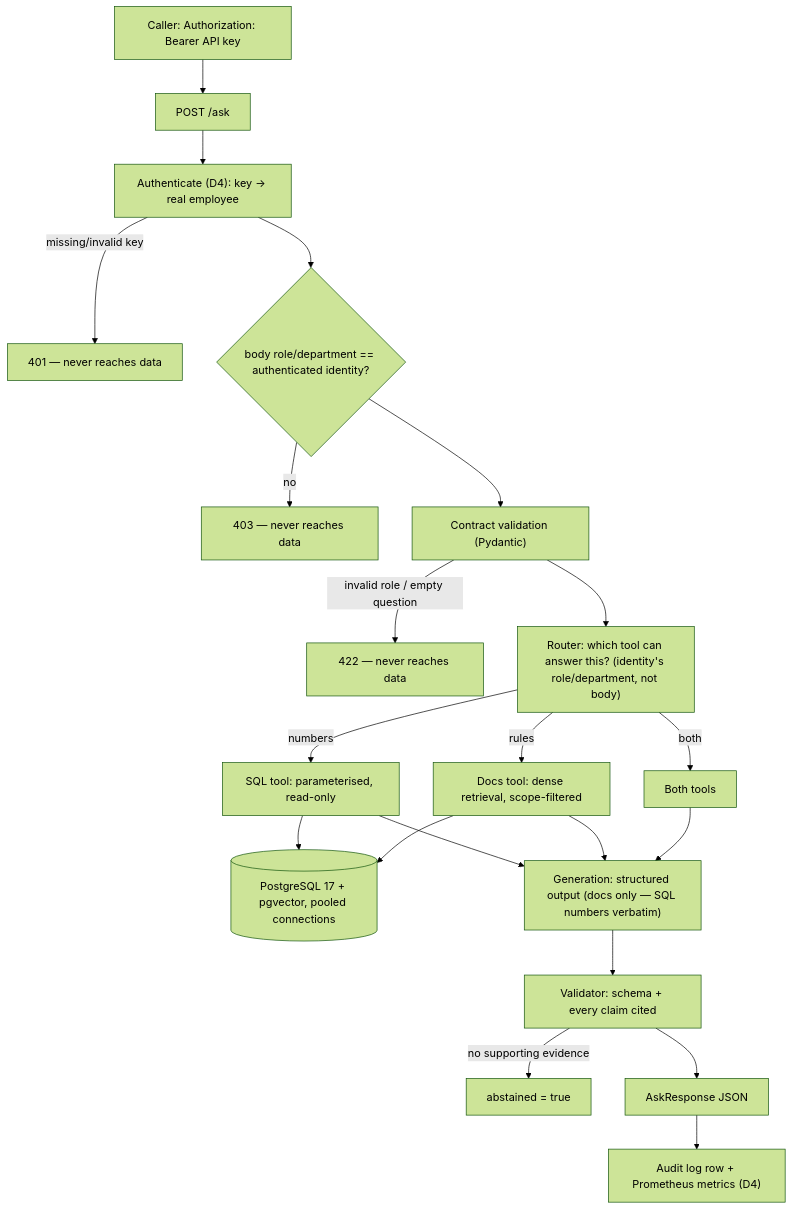
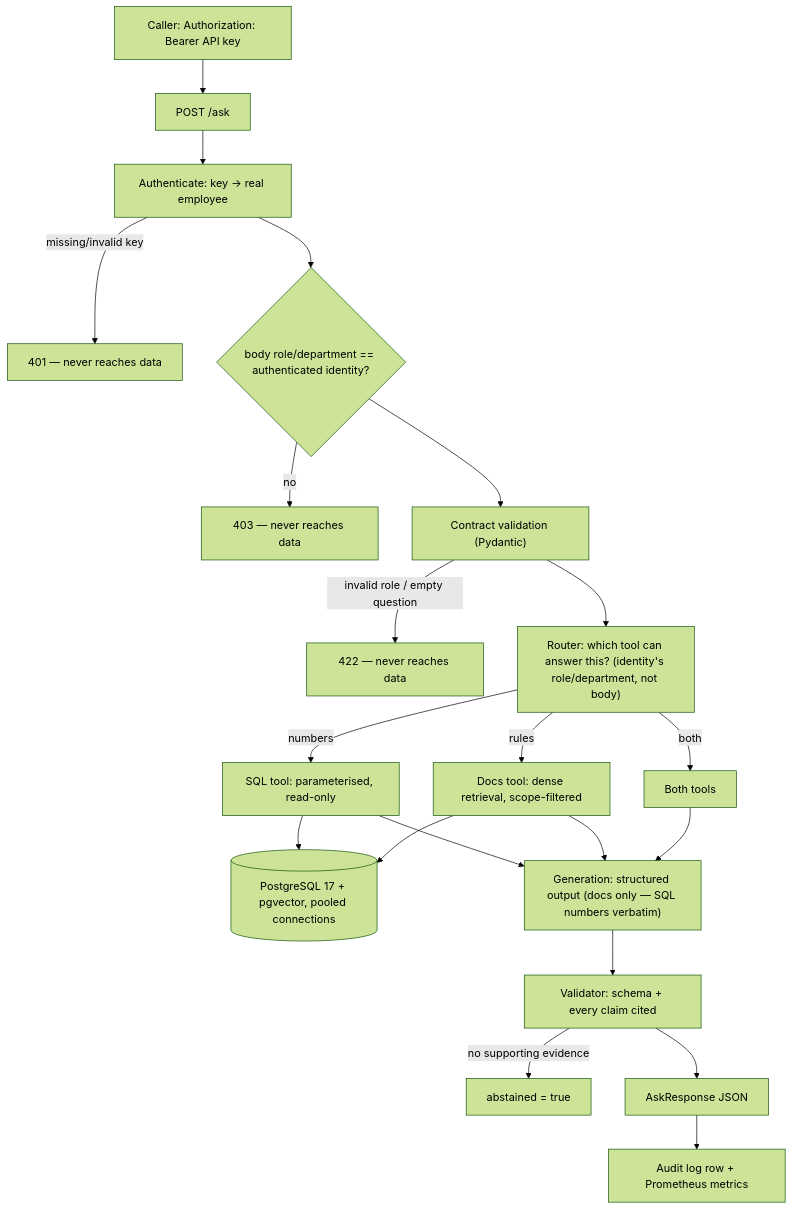
The diagram in docs/architecture.md (anhquan1111/enterprise-ai-decision-platform), drawn with Mermaid (forest theme) before and after one commit. The commit also changed other lines of this file and 12 other files, not shown here.

````diff
--- a/docs/architecture.md
+++ b/docs/architecture.md
@@ -13,23 +13,23 @@
 ```mermaid
 flowchart TB
     U["Caller: Authorization: Bearer API key"] --> API["POST /ask"]
-    API --> AUTH["Authenticate (D4): key -> real employee"]
+    API --> AUTH["Authenticate: key -> real employee"]
     AUTH -->|"missing/invalid key"| R401["401 — never reaches data"]
     AUTH --> MATCH{"body role/department == authenticated identity?"}
     MATCH -->|no| R403["403 — never reaches data"]
     MATCH --> V["Contract validation (Pydantic)"]
     V -->|"invalid role / empty question"| R422["422 — never reaches data"]
     V --> AG["Router: which tool can answer this? (identity's role/department, not body)"]
     AG -->|numbers| T1["SQL tool: parameterised, read-only"]
     AG -->|rules| T2["Docs tool: dense retrieval, scope-filtered"]
     AG -->|both| T3["Both tools"]
     T1 --> DB[("PostgreSQL 17 + pgvector, pooled connections")]
     T2 --> DB
     T1 --> GEN["Generation: structured output (docs only — SQL numbers verbatim)"]
     T2 --> GEN
     T3 --> GEN
     GEN --> VAL["Validator: schema + every claim cited"]
     VAL -->|"no supporting evidence"| ABS["abstained = true"]
     VAL --> OUT["AskResponse JSON"]
-    OUT --> AUD["Audit log row + Prometheus metrics (D4)"]
+    OUT --> AUD["Audit log row + Prometheus metrics"]
 ```
````
